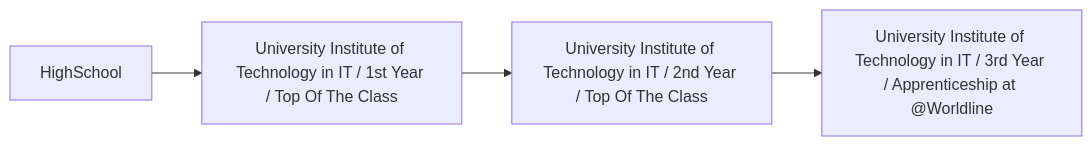
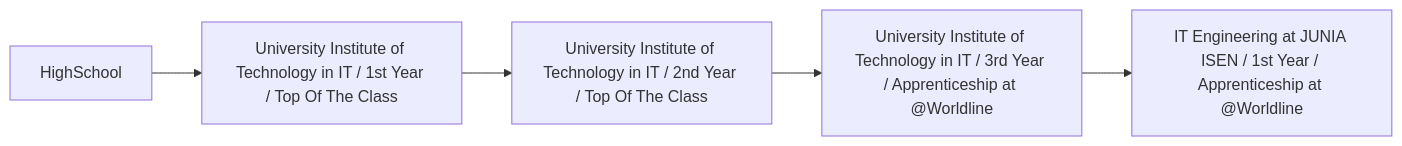
The diagram in README.md (ThibaultLombart/ThibaultLombart), drawn with Mermaid before and after one commit. The commit also changed other lines of this file, not shown here.

````diff
--- a/README.md
+++ b/README.md
@@ -28,6 +28,7 @@
 ```mermaid
   flowchart LR;
       id1[HighSchool]-->id2[University Institute of Technology in IT / 1st Year / Top Of The Class];
       id2-->id3[University Institute of Technology in IT / 2nd Year / Top Of The Class];
       id3-->id4[University Institute of Technology in IT / 3rd Year / Apprenticeship at @Worldline ];
+      id4-->id5[IT Engineering at JUNIA ISEN / 1st Year / Apprenticeship at @Worldline ];
 ```
````
